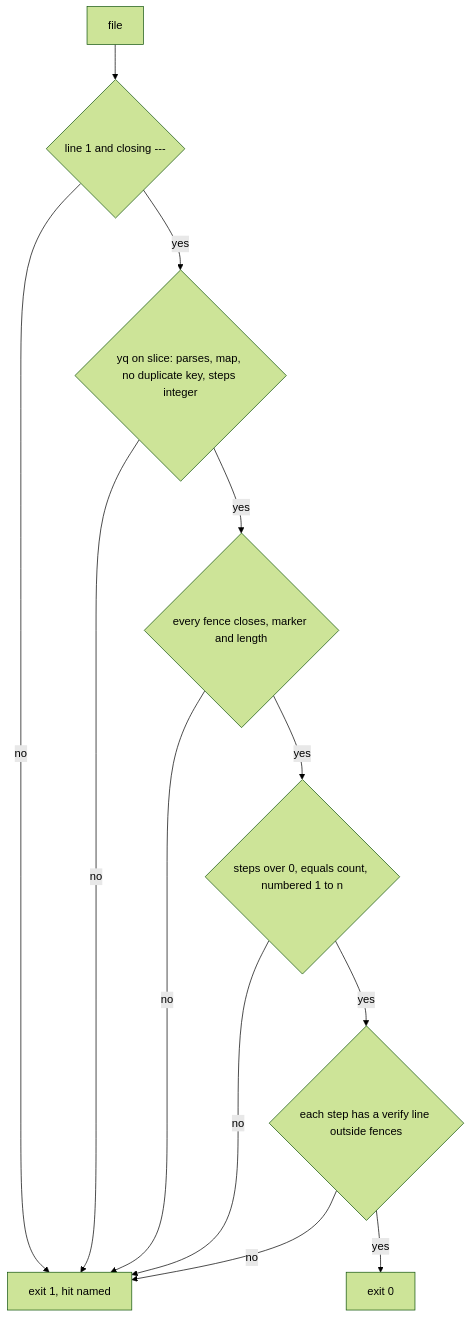
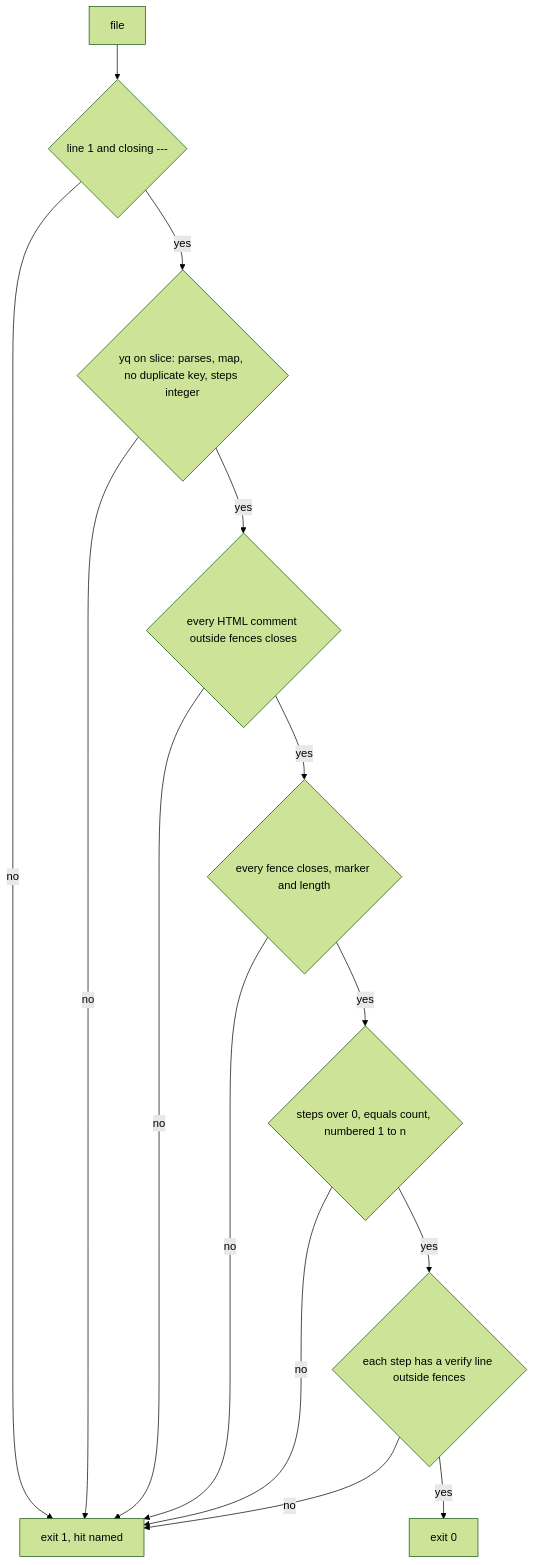
The first of 2 diagrams in docs/pbi/done/SM07a-setup-check.md (svennijhuis/agentic-workflows), drawn with Mermaid (forest theme) before and after one commit. The commit also changed other lines of this file, not shown here.

Commit message:
docs: SM07a count, comment gate in design, todo lows (Cursor 5658043906, Reviewer, Tester 2)

````diff
--- a/docs/pbi/done/SM07a-setup-check.md
+++ b/docs/pbi/done/SM07a-setup-check.md
@@ -48,14 +48,16 @@
 ```mermaid
 flowchart TD
   A[file] --> B{line 1 and closing ---}
   B -->|no| X[exit 1, hit named]
   B -->|yes| C{yq on slice: parses, map, no duplicate key, steps integer}
   C -->|no| X
-  C -->|yes| D{every fence closes, marker and length}
+  C -->|yes| H{every HTML comment outside fences closes}
+  H -->|no| X
+  H -->|yes| D{every fence closes, marker and length}
   D -->|no| X
   D -->|yes| E{steps over 0, equals count, numbered 1 to n}
   E -->|no| X
   E -->|yes| F{each step has a verify line outside fences}
   F -->|no| X
   F -->|yes| G[exit 0]
 ```
````
